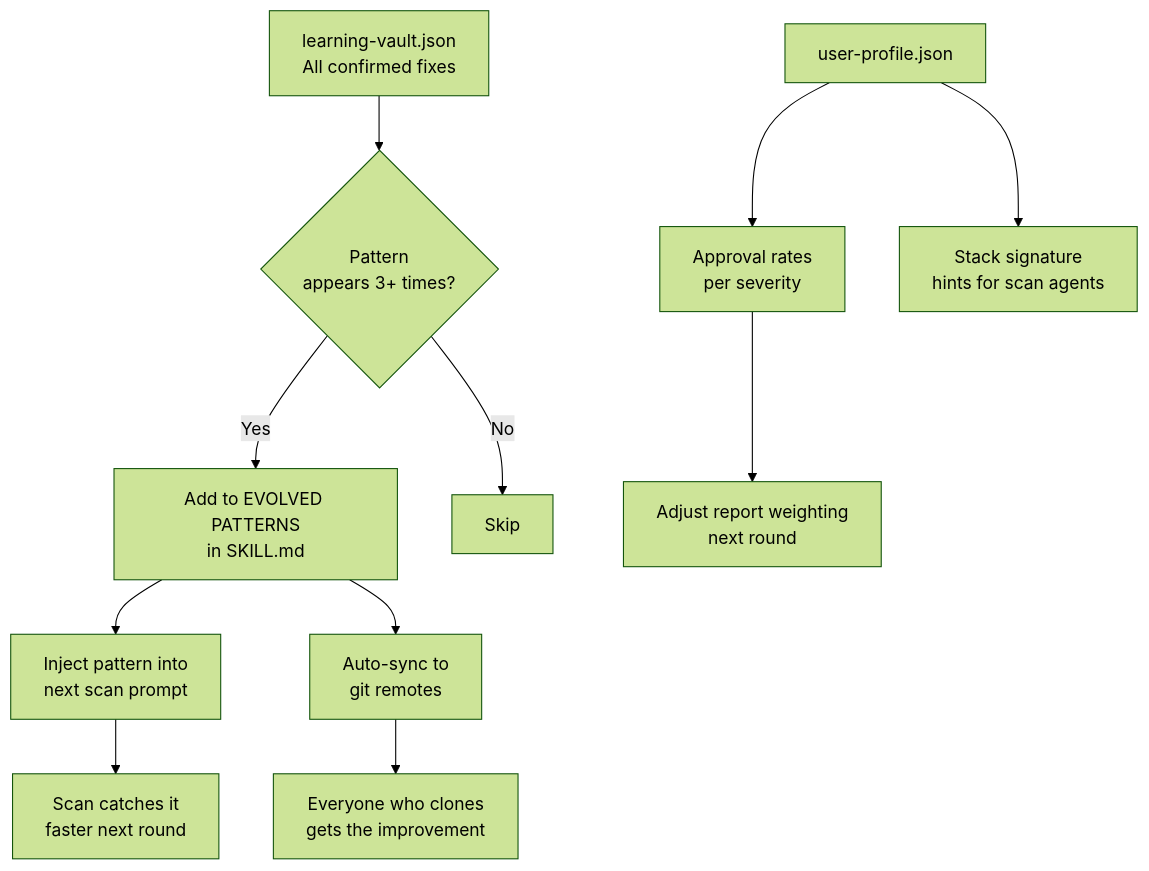
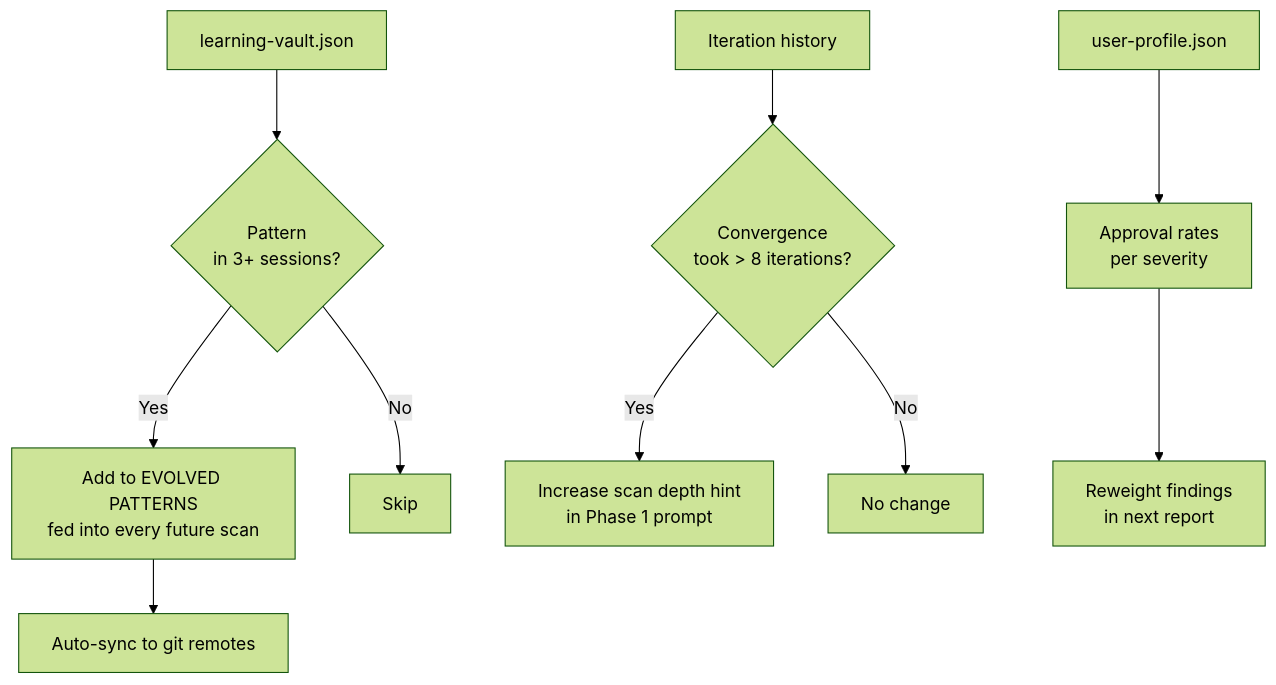
One commit to jovenleewj-png/red-blue-team changed the fourth of 4 diagrams in README.md. Above: the diagram before and after it, drawn with Mermaid (forest theme). The commit also changed other lines of this file and 2 other files, not shown here.

First line of the commit message:
v5.0 — simulation loop architecture, correct design

````diff
--- a/README.md
+++ b/README.md
@@ -133,15 +168,14 @@
 ```mermaid
 flowchart TD
-    LV[learning-vault.json\nAll confirmed fixes] --> PD{Pattern\nappears 3+ times?}
-    PD -->|Yes| EP[Add to EVOLVED PATTERNS\nin SKILL.md]
+    LV[learning-vault.json] --> PD{Pattern\nin 3+ sessions?}
+    PD -->|Yes| EP[Add to EVOLVED PATTERNS\nfed into every future scan]
     PD -->|No| SK[Skip]
-    EP --> SP[Inject pattern into\nnext scan prompt]
-    SP --> SC[Scan catches it\nfaster next round]
+    EP --> SY[Auto-sync to git remotes]
 
-    EP --> SY[Auto-sync to\ngit remotes]
-    SY --> PR[Everyone who clones\ngets the improvement]
+    IT[Iteration history] --> CF{Convergence\ntook > 8 iterations?}
+    CF -->|Yes| SD[Increase scan depth hint\nin Phase 1 prompt]
+    CF -->|No| NR[No change]
 
     UP[user-profile.json] --> AR[Approval rates\nper severity]
-    AR --> AW[Adjust report weighting\nnext round]
-    UP --> SC2[Stack signature\nhints for scan agents]
+    AR --> RW[Reweight findings\nin next report]
 ```
````
